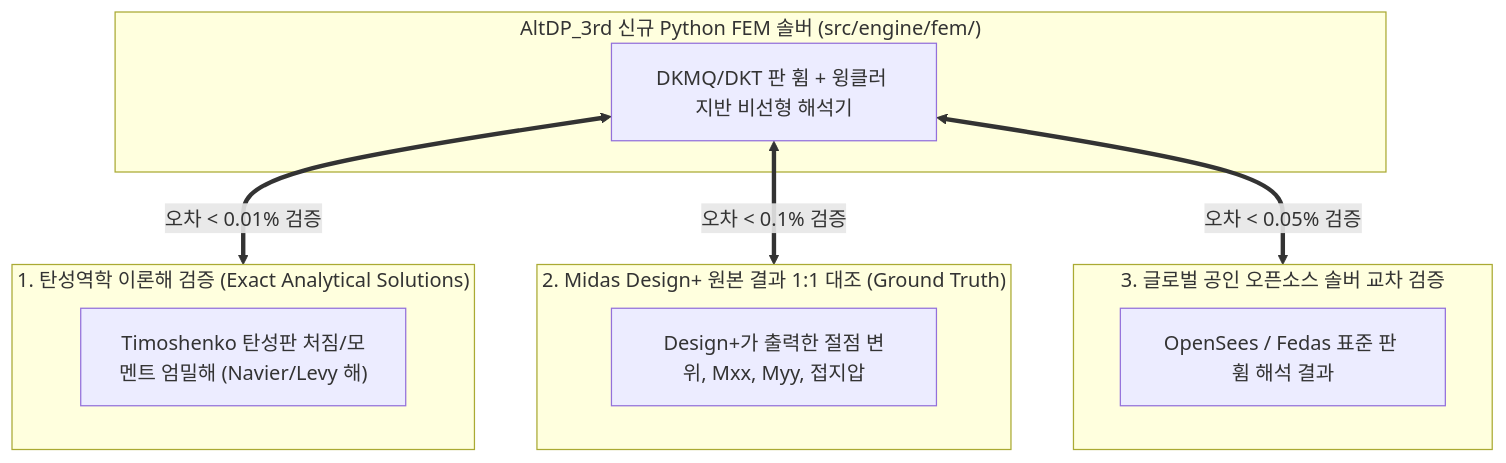
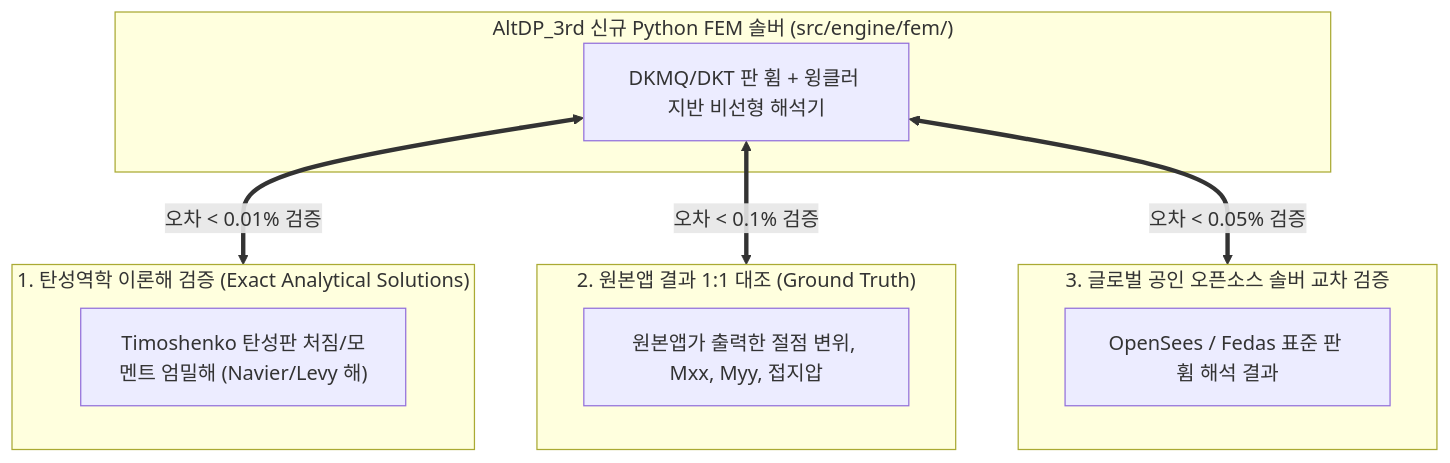
The fourth of 4 diagrams in docs/15_fem_analysis_and_external_solver_specification.md (zlkiki/AltDP_3rd), drawn with Mermaid before and after one commit. The commit also changed other lines of this file and 88 other files, not shown here.

Commit message:
docs: 'Midas Design+' 및 변형 명칭을 '원본앱'으로 표준화 및 파일명/링크 일괄 갱신

````diff
--- a/docs/15_fem_analysis_and_external_solver_specification.md
+++ b/docs/15_fem_analysis_and_external_solver_specification.md
@@ -196,22 +196,22 @@
 ```mermaid
 flowchart TD
     subgraph Engine ["AltDP_3rd 신규 Python FEM 솔버 (src/engine/fem/)"]
         PY["DKMQ/DKT 판 휨 + 윙클러 지반 비선형 해석기"]
     end
 
     subgraph Ver1 ["1. 탄성역학 이론해 검증 (Exact Analytical Solutions)"]
         Timo["Timoshenko 탄성판 처짐/모멘트 엄밀해 (Navier/Levy 해)"]
     end
 
-    subgraph Ver2 ["2. Midas Design+ 원본 결과 1:1 대조 (Ground Truth)"]
-        MidasOut["Design+가 출력한 절점 변위, Mxx, Myy, 접지압"]
+    subgraph Ver2 ["2. 원본앱 결과 1:1 대조 (Ground Truth)"]
+        MidasOut["원본앱가 출력한 절점 변위, Mxx, Myy, 접지압"]
     end
 
     subgraph Ver3 ["3. 글로벌 공인 오픈소스 솔버 교차 검증"]
         OpenSees["OpenSees / Fedas 표준 판 휨 해석 결과"]
     end
 
     PY <== "오차 < 0.01% 검증" ==> Ver1
     PY <== "오차 < 0.1% 검증" ==> Ver2
     PY <== "오차 < 0.05% 검증" ==> Ver3
 ```
````
